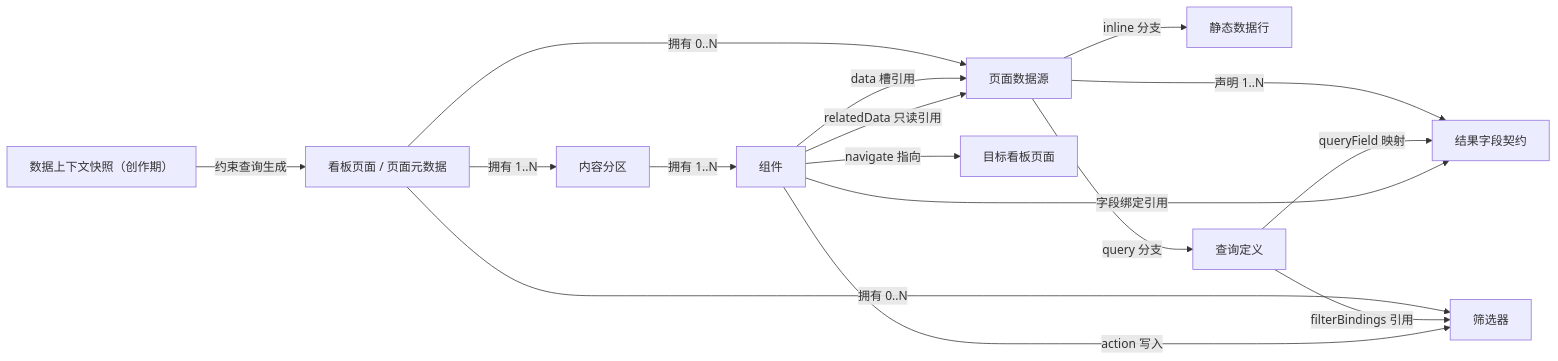
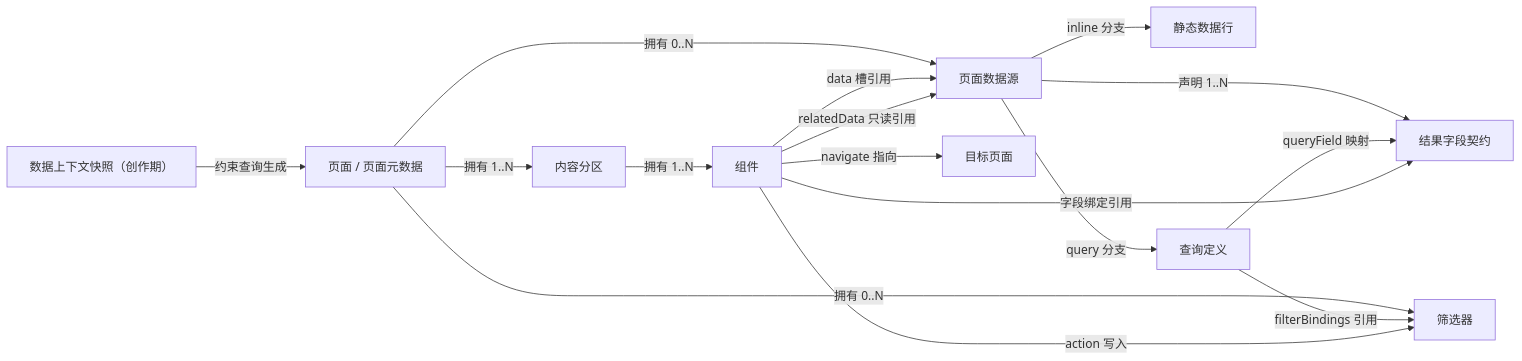
Before and after one commit to CCharlesMeng/MetricCanvas: the first of 2 diagrams in PAGE-METADATA.md, drawn with Mermaid. The commit also changed other lines of this file and 1 other file, not shown here.

````diff
--- a/PAGE-METADATA.md
+++ b/PAGE-METADATA.md
@@ -17,18 +17,18 @@
 ```mermaid
 flowchart LR
-  context["数据上下文快照（创作期）"] -->|"约束查询生成"| page["看板页面 / 页面元数据"]
+  context["数据上下文快照（创作期）"] -->|"约束查询生成"| page["页面 / 页面元数据"]
   page -->|"拥有 0..N"| source["页面数据源"]
   source -->|"声明 1..N"| field["结果字段契约"]
   source -->|"inline 分支"| rows["静态数据行"]
   source -->|"query 分支"| query["查询定义"]
   query -->|"queryField 映射"| field
   page -->|"拥有 0..N"| filter["筛选器"]
   query -->|"filterBindings 引用"| filter
   page -->|"拥有 1..N"| section["内容分区"]
   section -->|"拥有 1..N"| component["组件"]
   component -->|"data 槽引用"| source
   component -->|"字段绑定引用"| field
   component -->|"action 写入"| filter
-  component -->|"navigate 指向"| target["目标看板页面"]
+  component -->|"navigate 指向"| target["目标页面"]
   component -->|"relatedData 只读引用"| source
 ```
````
